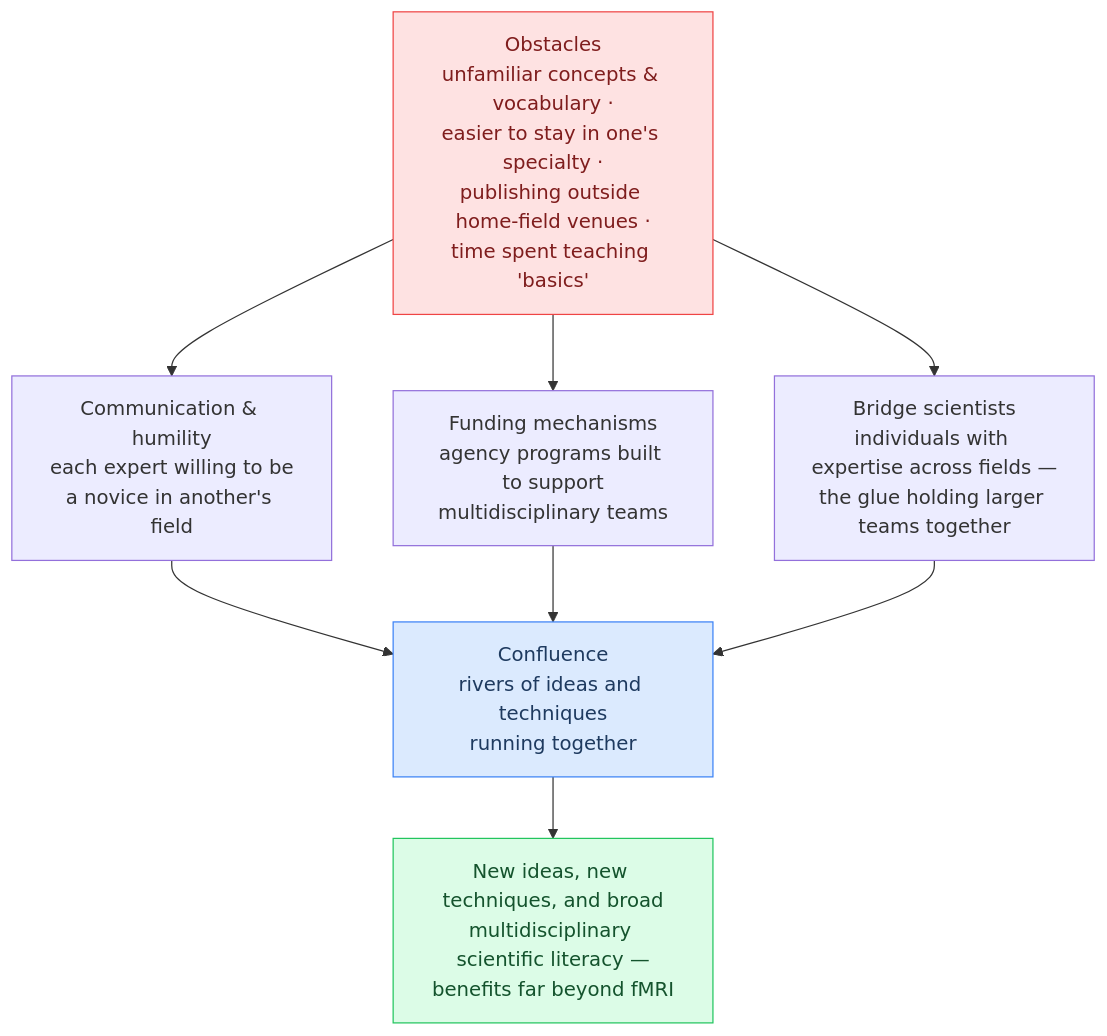
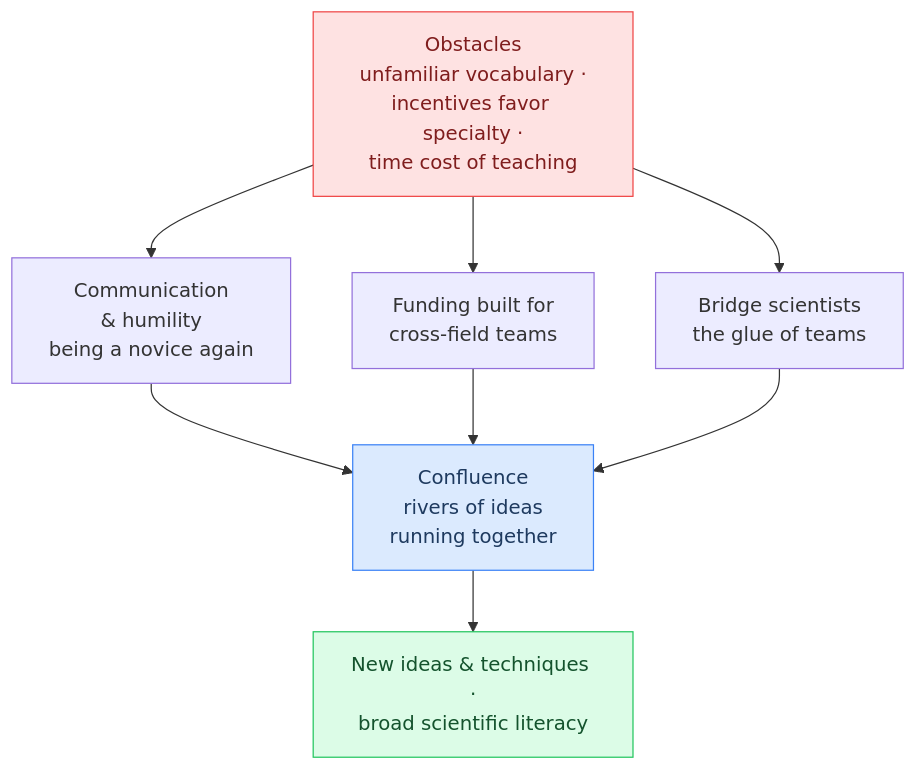
Before and after one commit to torwager/elements-of-fmri-tutorials: the third of 3 diagrams in part1/ch05-working-together-and-multidisciplinary-science.md, drawn with Mermaid. The commit also changed other lines of this file and 64 other files, not shown here.

First line of the commit message:
Polish batch A (ch 1-21): equation where-lines + hover tooltips, verbose comments, example outputs, resource links, figure rights + fixes, mermaid cleanup

````diff
--- a/part1/ch05-working-together-and-multidisciplinary-science.md
+++ b/part1/ch05-working-together-and-multidisciplinary-science.md
@@ -82,14 +85,14 @@
 ```{mermaid}
 flowchart TD
-    O["Obstacles<br/>unfamiliar concepts & vocabulary ·<br/>easier to stay in one's specialty ·<br/>publishing outside home-field venues ·<br/>time spent teaching 'basics'"]
-    O --> R1["Communication & humility<br/>each expert willing to be<br/>a novice in another's field"]
-    O --> R2["Funding mechanisms<br/>agency programs built to support<br/>multidisciplinary teams"]
-    O --> R3["Bridge scientists<br/>individuals with expertise across fields —<br/>the glue holding larger teams together"]
-    R1 --> F["Confluence<br/>rivers of ideas and techniques<br/>running together"]
+    O["Obstacles<br/>unfamiliar vocabulary ·<br/>incentives favor specialty ·<br/>time cost of teaching"]
+    O --> R1["Communication<br/>& humility<br/>being a novice again"]
+    O --> R2["Funding built for<br/>cross-field teams"]
+    O --> R3["Bridge scientists<br/>the glue of teams"]
+    R1 --> F["Confluence<br/>rivers of ideas<br/>running together"]
     R2 --> F
     R3 --> F
-    F --> G["New ideas, new techniques, and broad<br/>multidisciplinary scientific literacy —<br/>benefits far beyond fMRI"]
+    F --> G["New ideas & techniques ·<br/>broad scientific literacy"]
     style O fill:#fee2e2,stroke:#ef4444,color:#7f1d1d
     style F fill:#dbeafe,stroke:#3b82f6,color:#1e3a5f
     style G fill:#dcfce7,stroke:#22c55e,color:#14532d
 ```
````
